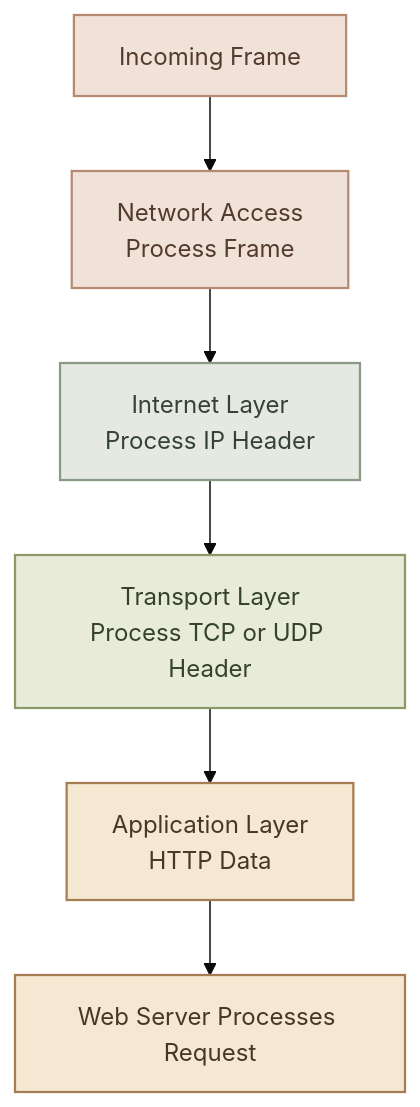
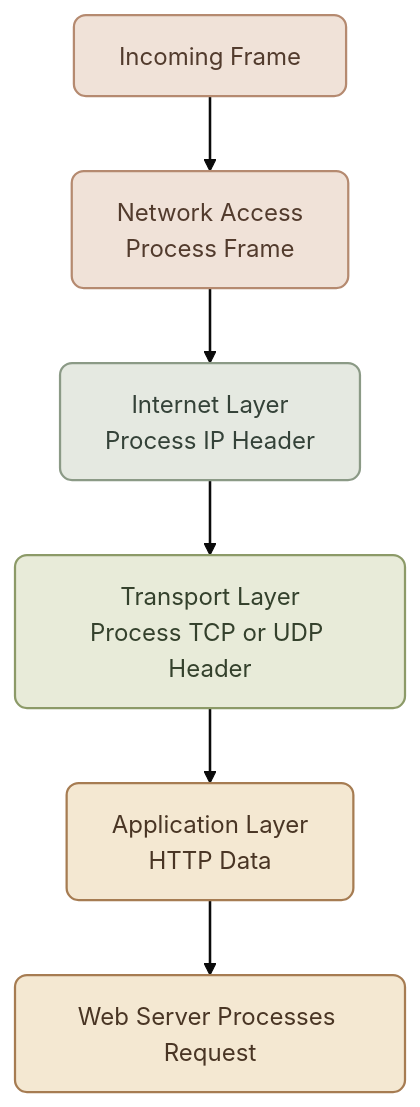
Before and after one commit to mustafammasoud/ops-handbook: the third of 4 diagrams in content/networking/encapsulation-and-decapsulation.mdx, drawn with Mermaid (base theme). The commit also changed other lines of this file and 7 other files, not shown here.

````diff
--- a/content/networking/encapsulation-and-decapsulation.mdx
+++ b/content/networking/encapsulation-and-decapsulation.mdx
@@ -169,18 +191,19 @@
 ```mermaid
 flowchart TD
     A[" Incoming Frame"] --> B["Network Access<br/>Process Frame"]
     B --> C["Internet Layer<br/>Process IP Header"]
     C --> D["Transport Layer<br/>Process TCP or UDP Header"]
     D --> E["Application Layer<br/>HTTP Data"]
     E --> F["Web Server Processes Request"]
 
-    classDef access fill:#F0E2D8,stroke:#B58A70,color:#523B2D,stroke-width:1.5px
-    classDef internet fill:#E5E9E1,stroke:#8B9A86,color:#344238,stroke-width:1.5px
-    classDef transport fill:#E8EBD9,stroke:#8C9A68,color:#34412C,stroke-width:1.5px
-    classDef app fill:#F4E8D2,stroke:#A67C52,color:#493524,stroke-width:1.5px
+    classDef access fill:#F0E2D8,stroke:#B58A70,color:#523B2D,stroke-width:1.5px,rx:8,ry:8
+    classDef internet fill:#E5E9E1,stroke:#8B9A86,color:#344238,stroke-width:1.5px,rx:8,ry:8
+    classDef transport fill:#E8EBD9,stroke:#8C9A68,color:#34412C,stroke-width:1.5px,rx:8,ry:8
+    classDef app fill:#F4E8D2,stroke:#A67C52,color:#493524,stroke-width:1.5px,rx:8,ry:8
 
     class A,B access
     class C internet
     class D transport
     class E,F app
+    linkStyle default stroke-width:1.7px
 ```
````
